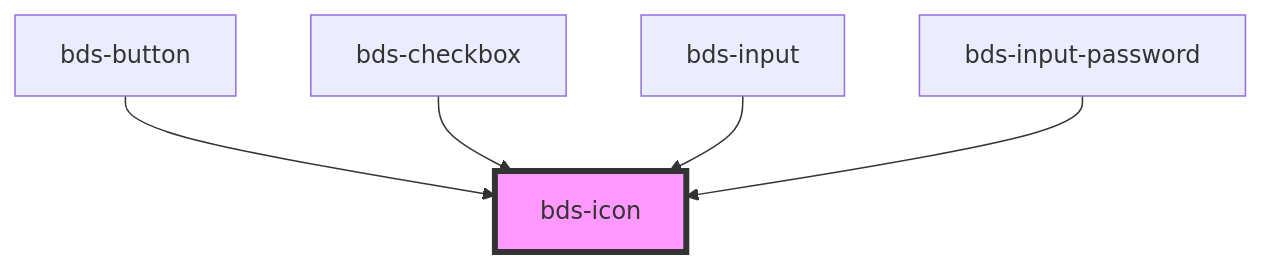
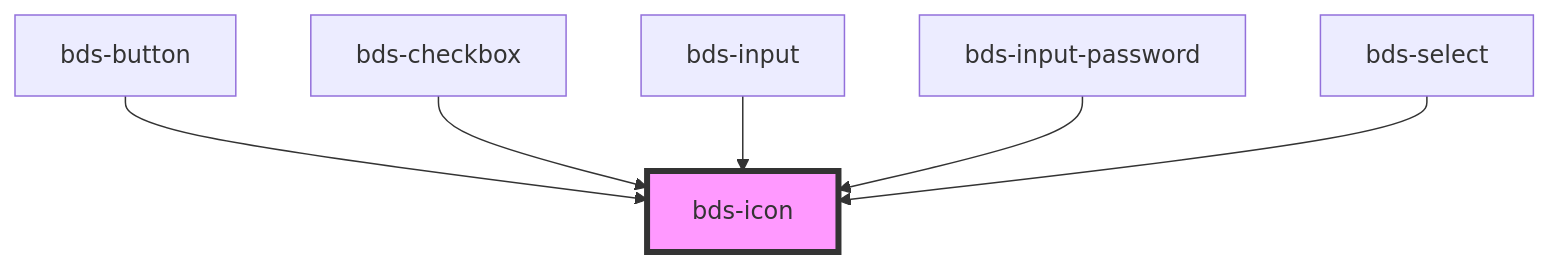
The diagram in src/components/icon/readme.md (takenet/blip-ds), drawn with Mermaid before and after one commit. The commit also changed other lines of this file and 7 other files, not shown here.

````diff
--- a/src/components/icon/readme.md
+++ b/src/components/icon/readme.md
@@ -29,8 +30,9 @@
 ```mermaid
 graph TD;
   bds-button --> bds-icon
   bds-checkbox --> bds-icon
   bds-input --> bds-icon
   bds-input-password --> bds-icon
+  bds-select --> bds-icon
   style bds-icon fill:#f9f,stroke:#333,stroke-width:4px
 ```
````
